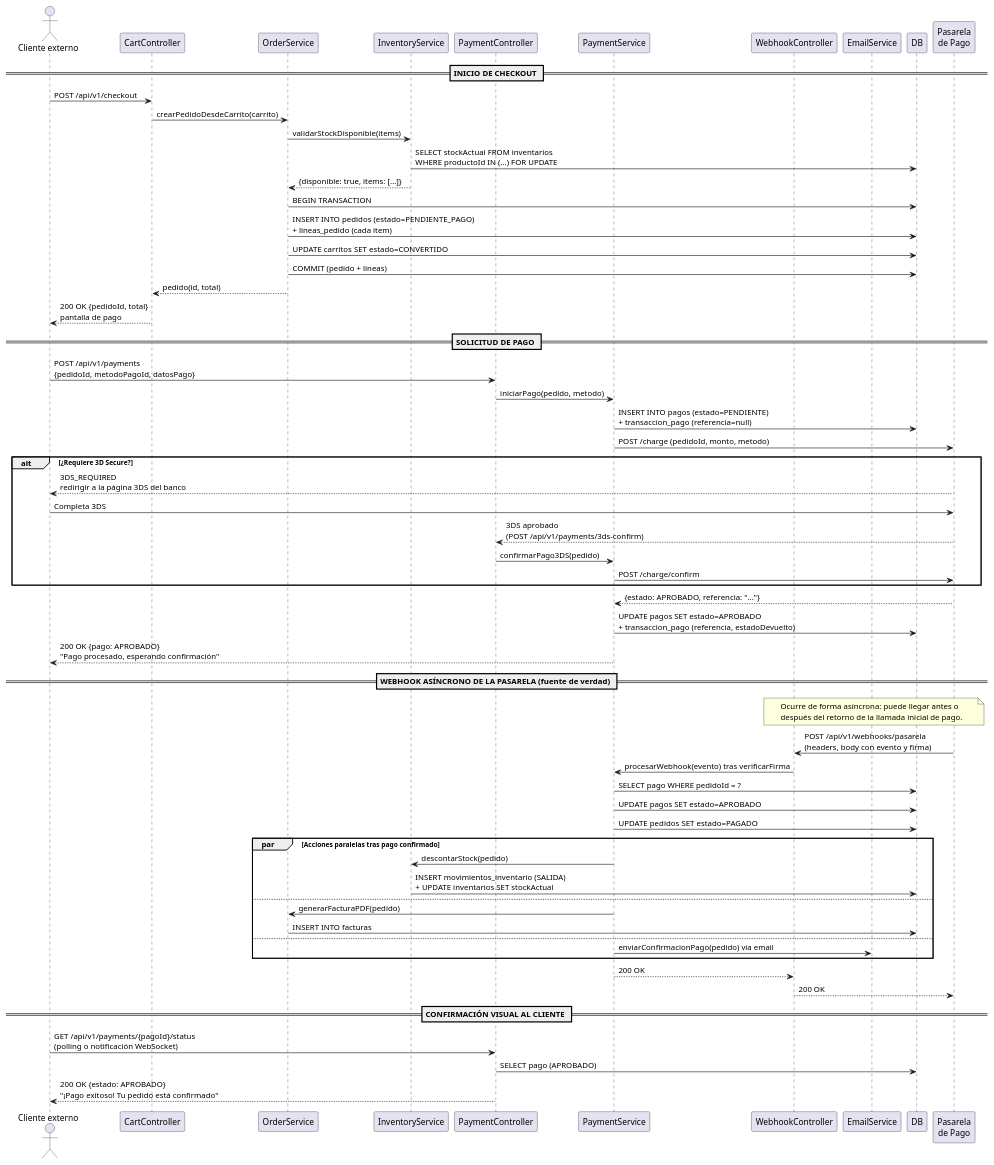
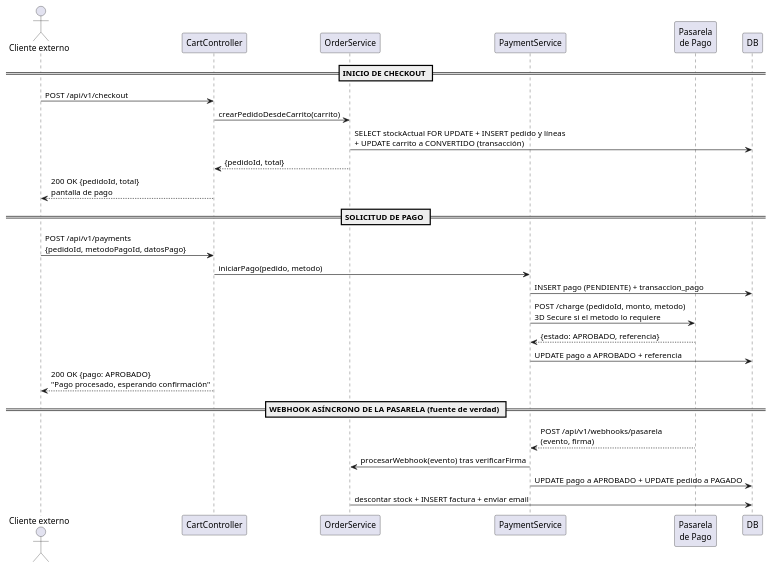
The diagram in docs/uml/8.4.2-secuencia-checkout-pasarela-simple.puml (D4nitrix13/AtlasCommerce), drawn with PlantUML before and after one commit. The commit also changed 2 other files, not shown here.

Commit message:
docs(uml): simplificar los tres diagramas de secuencia
Los diagramas de secuencia eran los mas pesados del set: 10 lifeline y 40+
mensajes cada uno, ilegibles en una pagina A4.

- 107 -> 47 mensajes, 25 -> 16 lifeline.
- Los mensajes SQL consecutivos sobre una misma operacion logica se funden en
  uno: BEGIN + INSERT pedidos + UPDATE carritos + COMMIT pasan a ser una sola
  flecha "Persistir pedido y lineas en transaccion".
- Los bloques par de 5 ramas (despacho) y de 3 (acciones tras el pago) se
  colapsan en una sola accion.
- 8.4.1 tenia un alt anidado dentro de otro alt; ahora hay un solo alt con las
  dos ramas de 2FA (TOTP y OTP por email).
- Se eliminan los 2 bloques note.

Se conserva completo lo que documenta la arquitectura: el registro y la
verificacion de correo en 8.4.1, el webhook asincrono como fuente de verdad del
pago en 8.4.2, y la confirmacion de entrega como evento posterior en 8.4.3.

Los .puml originales sin sufijo quedan intactos como respaldo.

```diff
--- a/docs/uml/8.4.2-secuencia-checkout-pasarela-simple.puml
+++ b/docs/uml/8.4.2-secuencia-checkout-pasarela-simple.puml
@@ -1,75 +1,32 @@
 @startuml 8.4 - Secuencia: Checkout Completo con Pasarela de Pago
 
 actor "Cliente externo" as C
 participant "CartController" as CC
 participant "OrderService" as OS
-participant "InventoryService" as IS
-participant "PaymentController" as PC
 participant "PaymentService" as PS
-participant "WebhookController" as WC
-participant "EmailService" as ES
+participant "Pasarela\nde Pago" as PP
 participant "DB" as DB
-participant "Pasarela\nde Pago" as PP
 
 == INICIO DE CHECKOUT ==
 C -> CC : POST /api/v1/checkout
 CC -> OS : crearPedidoDesdeCarrito(carrito)
-OS -> IS : validarStockDisponible(items)
-IS -> DB : SELECT stockActual FROM inventarios\nWHERE productoId IN (...) FOR UPDATE
-IS --> OS : {disponible: true, items: [...]}
-OS -> DB : BEGIN TRANSACTION
-OS -> DB : INSERT INTO pedidos (estado=PENDIENTE_PAGO)\n+ lineas_pedido (cada item)
-OS -> DB : UPDATE carritos SET estado=CONVERTIDO
-OS -> DB : COMMIT (pedido + líneas)
-OS --> CC : pedido(id, total)
+OS -> DB : SELECT stockActual FOR UPDATE + INSERT pedido y líneas\n+ UPDATE carrito a CONVERTIDO (transacción)
+OS --> CC : {pedidoId, total}
 CC --> C : 200 OK {pedidoId, total}\npantalla de pago
 
 == SOLICITUD DE PAGO ==
-C -> PC : POST /api/v1/payments\n{pedidoId, metodoPagoId, datosPago}
-PC -> PS : iniciarPago(pedido, metodo)
-PS -> DB : INSERT INTO pagos (estado=PENDIENTE)\n+ transaccion_pago (referencia=null)
-PS -> PP : POST /charge (pedidoId, monto, metodo)
-
-alt ¿Requiere 3D Secure?
-  PP --> C : 3DS_REQUIRED\nredirigir a la página 3DS del banco
-  C -> PP : Completa 3DS
-  PP --> PC : 3DS aprobado\n(POST /api/v1/payments/3ds-confirm)
-  PC -> PS : confirmarPago3DS(pedido)
-  PS -> PP : POST /charge/confirm
-end
-
-PP --> PS : {estado: APROBADO, referencia: "..."}
-PS -> DB : UPDATE pagos SET estado=APROBADO\n+ transaccion_pago (referencia, estadoDevuelto)
-PS --> C : 200 OK {pago: APROBADO}\n"Pago procesado, esperando confirmación"
+C -> CC : POST /api/v1/payments\n{pedidoId, metodoPagoId, datosPago}
+CC -> PS : iniciarPago(pedido, metodo)
+PS -> DB : INSERT pago (PENDIENTE) + transaccion_pago
+PS -> PP : POST /charge (pedidoId, monto, metodo)\n3D Secure si el metodo lo requiere
+PP --> PS : {estado: APROBADO, referencia}
+PS -> DB : UPDATE pago a APROBADO + referencia
+CC --> C : 200 OK {pago: APROBADO}\n"Pago procesado, esperando confirmación"
 
 == WEBHOOK ASÍNCRONO DE LA PASARELA (fuente de verdad) ==
-note over PP, WC
-  Ocurre de forma asíncrona: puede llegar antes o
-  después del retorno de la llamada inicial de pago.
-end note
-
-PP -> WC : POST /api/v1/webhooks/pasarela\n(headers, body con evento y firma)
-WC -> PS : procesarWebhook(evento) tras verificarFirma
-PS -> DB : SELECT pago WHERE pedidoId = ?
-PS -> DB : UPDATE pagos SET estado=APROBADO
-PS -> DB : UPDATE pedidos SET estado=PAGADO
-
-par Acciones paralelas tras pago confirmado
-  PS -> IS : descontarStock(pedido)
-  IS -> DB : INSERT movimientos_inventario (SALIDA)\n+ UPDATE inventarios SET stockActual
-else
-  PS -> OS : generarFacturaPDF(pedido)
-  OS -> DB : INSERT INTO facturas
-else
-  PS -> ES : enviarConfirmacionPago(pedido) vía email
-end
-
-PS --> WC : 200 OK
-WC --> PP : 200 OK
-
-== CONFIRMACIÓN VISUAL AL CLIENTE ==
-C -> PC : GET /api/v1/payments/{pagoId}/status\n(polling o notificación WebSocket)
-PC -> DB : SELECT pago (APROBADO)
-PC --> C : 200 OK {estado: APROBADO}\n"¡Pago exitoso! Tu pedido está confirmado"
+PP --> PS : POST /api/v1/webhooks/pasarela\n(evento, firma)
+PS -> OS : procesarWebhook(evento) tras verificarFirma
+PS -> DB : UPDATE pago a APROBADO + UPDATE pedido a PAGADO
+OS -> DB : descontar stock + INSERT factura + enviar email
 
 @enduml
```
